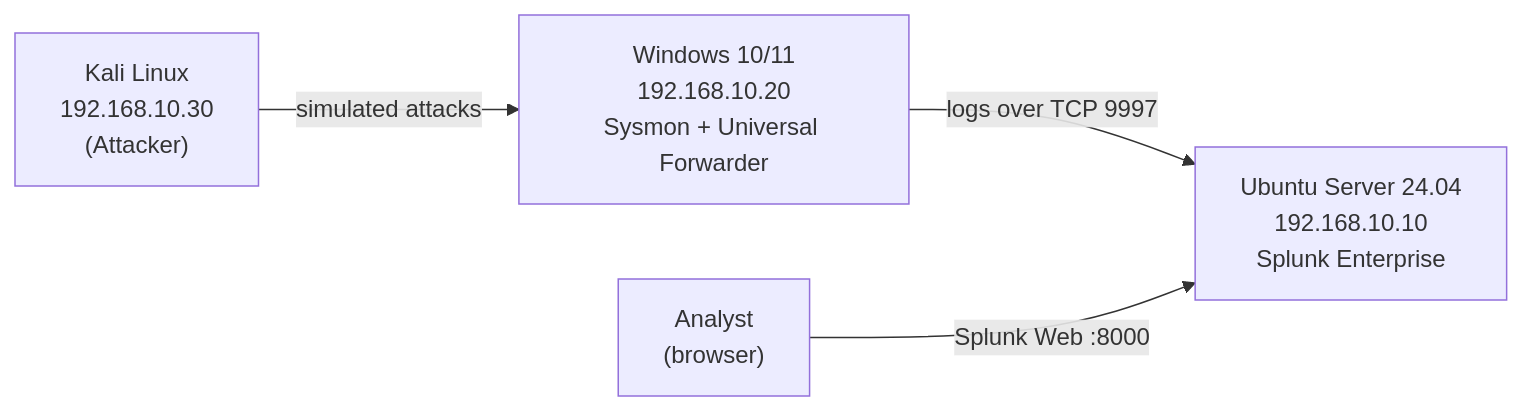
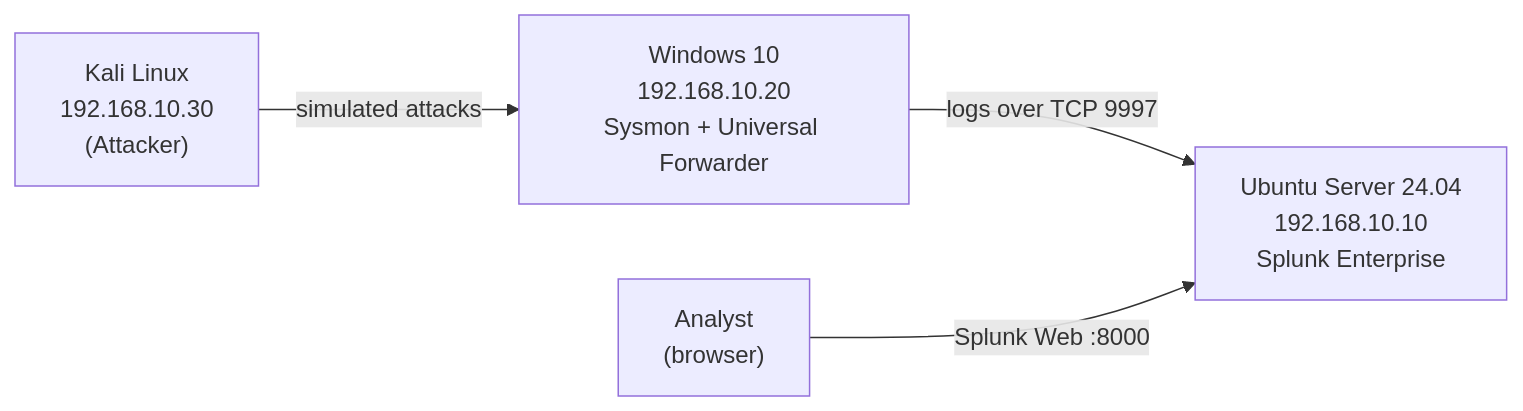
Before and after one commit to Krishpatel175/soc-home-lab: the diagram in README.md, drawn with Mermaid. The commit also changed other lines of this file and 6 other files, not shown here.

````diff
--- a/README.md
+++ b/README.md
@@ -11,7 +11,7 @@
 ```mermaid
 flowchart LR
     K["Kali Linux<br/>192.168.10.30<br/>(Attacker)"] -- simulated attacks --> W
-    W["Windows 10/11<br/>192.168.10.20<br/>Sysmon + Universal Forwarder"] -- "logs over TCP 9997" --> S
+    W["Windows 10<br/>192.168.10.20<br/>Sysmon + Universal Forwarder"] -- "logs over TCP 9997" --> S
     S["Ubuntu Server 24.04<br/>192.168.10.10<br/>Splunk Enterprise"]
     A["Analyst<br/>(browser)"] -- "Splunk Web :8000" --> S
 ```
````
